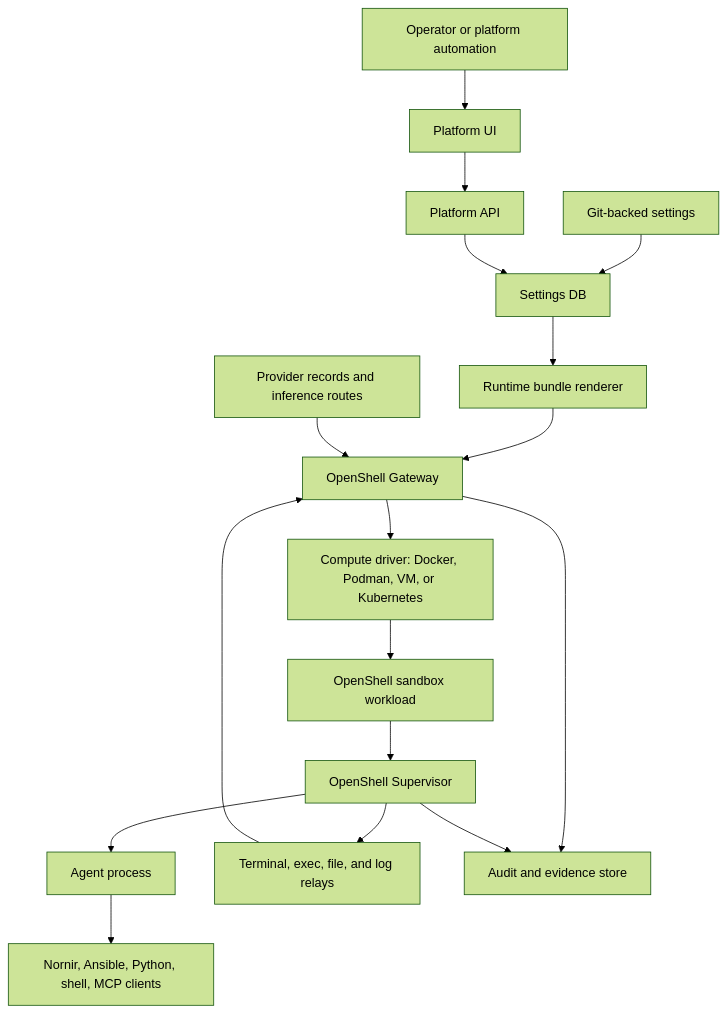
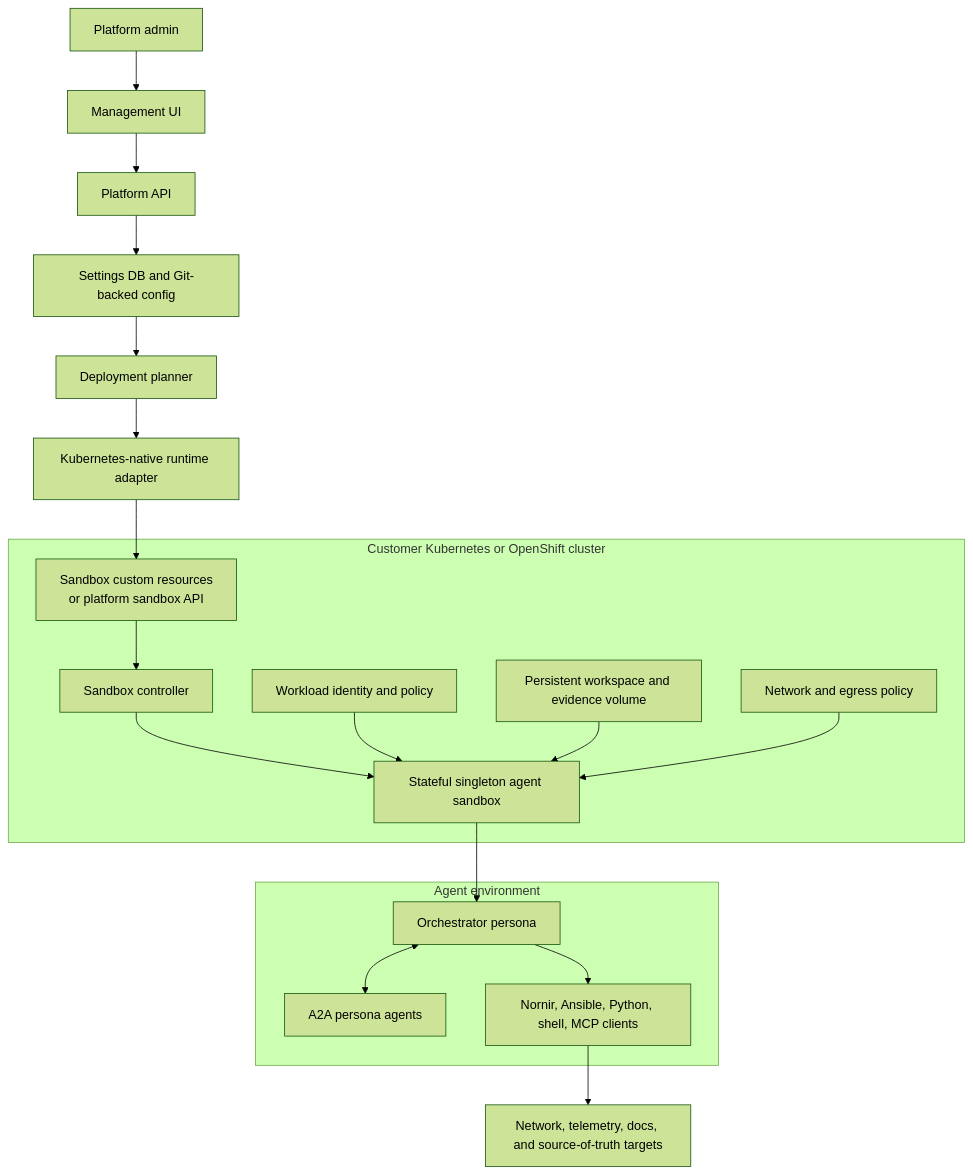
Before and after one commit to ColtMercer/the-agentic-network-platform: the second of 7 diagrams in docs/architecture/runtime-execution-environment-evaluation.md, drawn with Mermaid (forest theme). The commit also changed other lines of this file and 1 other file, not shown here.

Commit message:
Update runtime competitor landscape

````diff
--- a/docs/architecture/runtime-execution-environment-evaluation.md
+++ b/docs/architecture/runtime-execution-environment-evaluation.md
@@ -179,35 +120,42 @@
 ```mermaid
 flowchart TB
-    operator["Operator or platform automation"]
-    ui["Platform UI"]
+    admin["Platform admin"]
+    ui["Management UI"]
     api["Platform API"]
-    gitcfg["Git-backed settings"]
-    settingsdb["Settings DB"]
-    renderer["Runtime bundle renderer"]
-    gateway["OpenShell Gateway"]
-    providers["Provider records and inference routes"]
-    compute["Compute driver: Docker, Podman, VM, or Kubernetes"]
-    sandbox["OpenShell sandbox workload"]
-    supervisor["OpenShell Supervisor"]
-    agent["Agent process"]
-    tools["Nornir, Ansible, Python, shell, MCP clients"]
-    relay["Terminal, exec, file, and log relays"]
-    audit["Audit and evidence store"]
+    settings["Settings DB and Git-backed config"]
+    planner["Deployment planner"]
+    adapter["Kubernetes-native runtime adapter"]
 
-    operator --> ui
+    subgraph cluster["Customer Kubernetes or OpenShift cluster"]
+        crd["Sandbox custom resources<br/>or platform sandbox API"]
+        controller["Sandbox controller"]
+        agentSandbox["Stateful singleton agent sandbox"]
+        identity["Workload identity and policy"]
+        storage["Persistent workspace and evidence volume"]
+        netpol["Network and egress policy"]
+    end
+
+    subgraph agent["Agent environment"]
+        orchestrator["Orchestrator persona"]
+        personas["A2A persona agents"]
+        tools["Nornir, Ansible, Python, shell, MCP clients"]
+    end
+
+    targets["Network, telemetry, docs, and source-of-truth targets"]
+
+    admin --> ui
     ui --> api
-    gitcfg --> settingsdb
-    api --> settingsdb
-    settingsdb --> renderer
-    renderer --> gateway
-    providers --> gateway
-    gateway --> compute
-    compute --> sandbox
-    sandbox --> supervisor
-    supervisor --> agent
-    agent --> tools
-    supervisor --> relay
-    relay --> gateway
-    gateway --> audit
-    supervisor --> audit
+    api --> settings
+    settings --> planner
+    planner --> adapter
+    adapter --> crd
+    crd --> controller
+    controller --> agentSandbox
+    identity --> agentSandbox
+    storage --> agentSandbox
+    netpol --> agentSandbox
+    agentSandbox --> orchestrator
+    orchestrator <--> personas
+    orchestrator --> tools
+    tools --> targets
 ```
````
